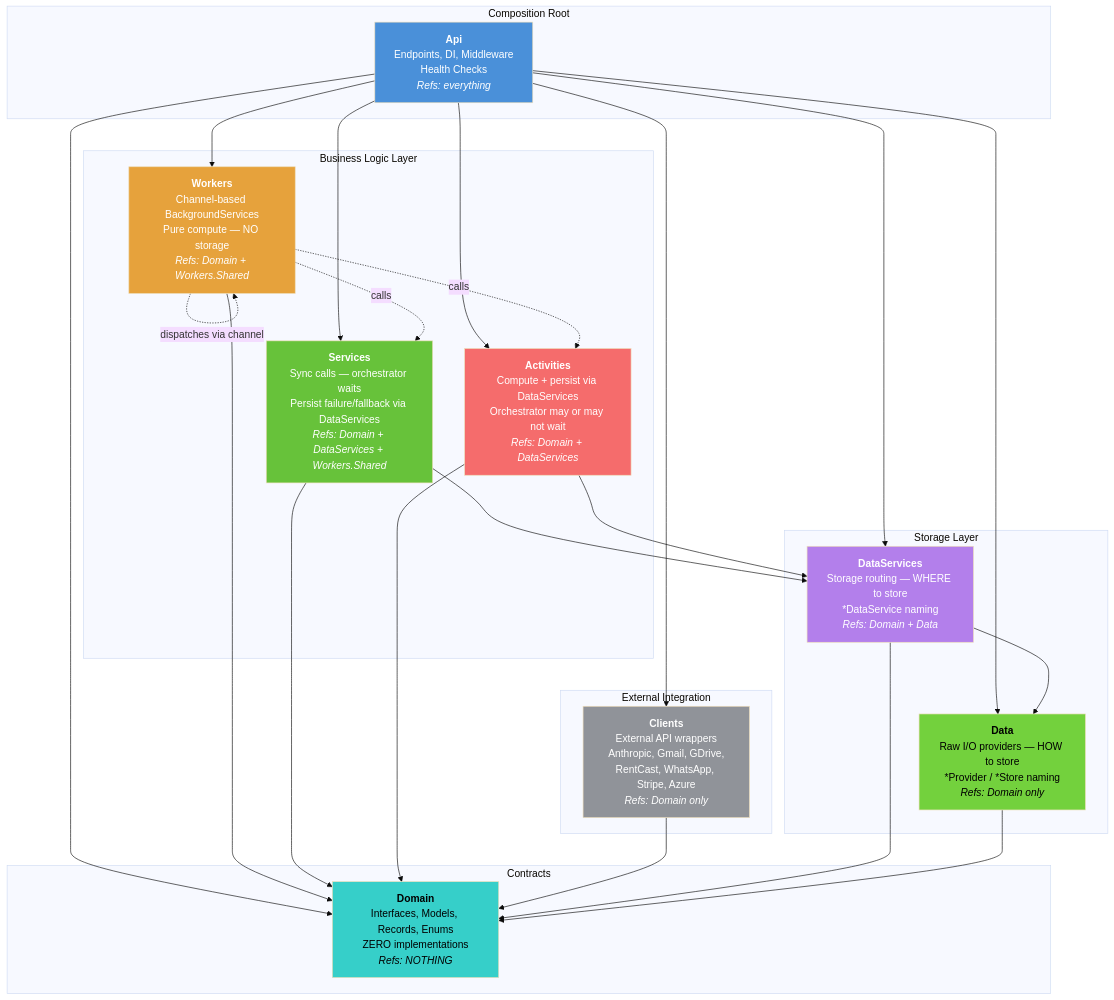
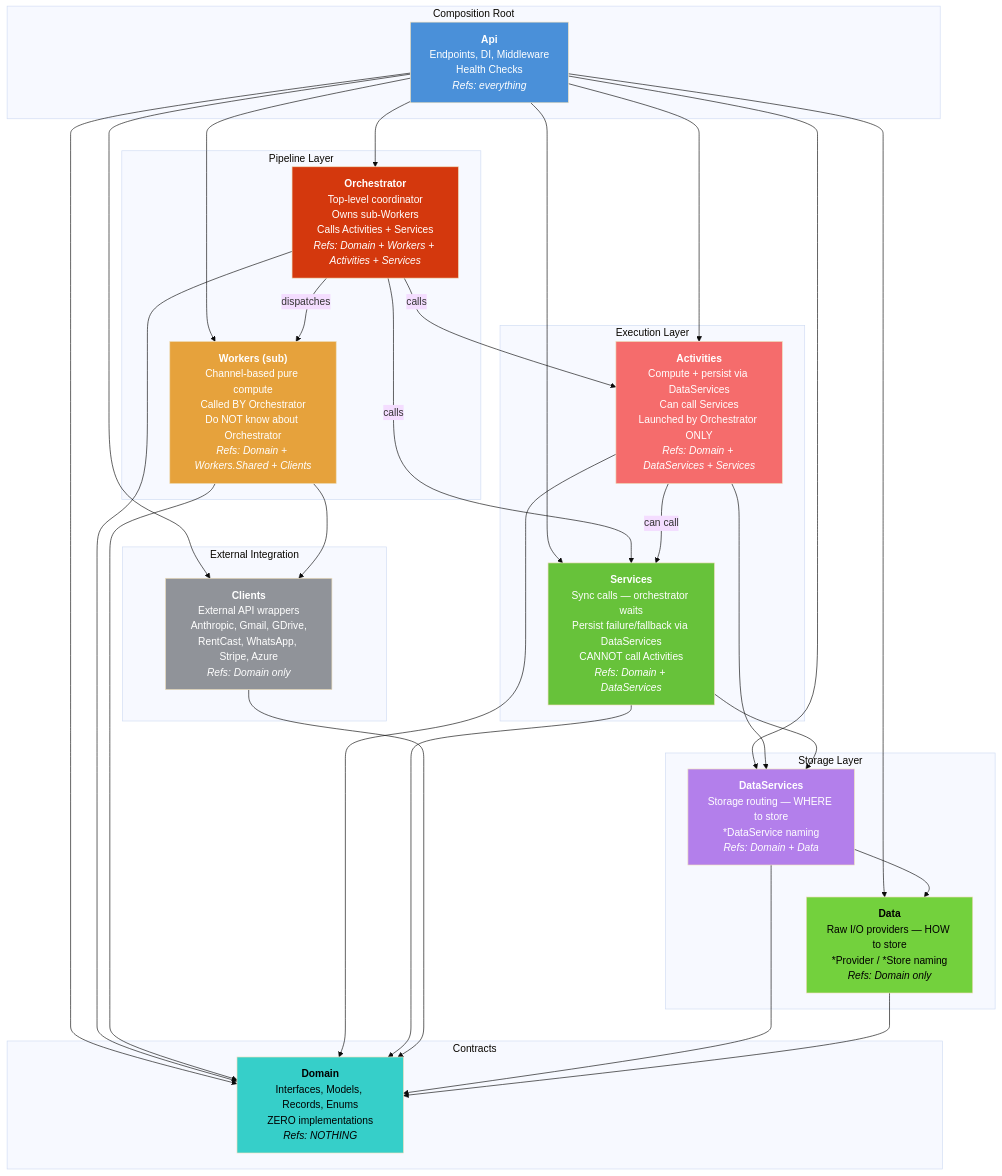
One commit to edward-rosado/jenisesells-website changed the first of 4 diagrams in docs/architecture/project-structure.md. Above: the diagram before and after it, drawn with Mermaid (base theme). The commit also changed other lines of this file, not shown here.

Commit message:
docs: update architecture diagrams — Orchestrator vs Sub-Worker, call direction rules, full pipeline flow

````diff
--- a/docs/architecture/project-structure.md
+++ b/docs/architecture/project-structure.md
@@ -5,56 +5,68 @@
 ```mermaid
 graph TD
     subgraph "Composition Root"
         Api["<b>Api</b><br/>Endpoints, DI, Middleware<br/>Health Checks<br/><i>Refs: everything</i>"]
     end
 
-    subgraph "Business Logic Layer"
-        Workers["<b>Workers</b><br/>Channel-based BackgroundServices<br/>Pure compute — NO storage<br/><i>Refs: Domain + Workers.Shared</i>"]
-        Services["<b>Services</b><br/>Sync calls — orchestrator waits<br/>Persist failure/fallback via DataServices<br/><i>Refs: Domain + DataServices + Workers.Shared</i>"]
-        Activities["<b>Activities</b><br/>Compute + persist via DataServices<br/>Orchestrator may or may not wait<br/><i>Refs: Domain + DataServices</i>"]
+    subgraph "Pipeline Layer"
+        Orchestrator["<b>Orchestrator</b><br/>Top-level coordinator<br/>Owns sub-Workers<br/>Calls Activities + Services<br/><i>Refs: Domain + Workers + Activities + Services</i>"]
+        Workers["<b>Workers (sub)</b><br/>Channel-based pure compute<br/>Called BY Orchestrator<br/>Do NOT know about Orchestrator<br/><i>Refs: Domain + Workers.Shared + Clients</i>"]
+    end
+
+    subgraph "Execution Layer"
+        Activities["<b>Activities</b><br/>Compute + persist via DataServices<br/>Can call Services<br/>Launched by Orchestrator ONLY<br/><i>Refs: Domain + DataServices + Services</i>"]
+        Services["<b>Services</b><br/>Sync calls — orchestrator waits<br/>Persist failure/fallback via DataServices<br/>CANNOT call Activities<br/><i>Refs: Domain + DataServices</i>"]
     end
 
     subgraph "External Integration"
         Clients["<b>Clients</b><br/>External API wrappers<br/>Anthropic, Gmail, GDrive,<br/>RentCast, WhatsApp, Stripe, Azure<br/><i>Refs: Domain only</i>"]
     end
 
     subgraph "Storage Layer"
         DataServices["<b>DataServices</b><br/>Storage routing — WHERE to store<br/>*DataService naming<br/><i>Refs: Domain + Data</i>"]
         Data["<b>Data</b><br/>Raw I/O providers — HOW to store<br/>*Provider / *Store naming<br/><i>Refs: Domain only</i>"]
     end
 
     subgraph "Contracts"
         Domain["<b>Domain</b><br/>Interfaces, Models, Records, Enums<br/>ZERO implementations<br/><i>Refs: NOTHING</i>"]
     end
 
+    Api --> Orchestrator
     Api --> Workers
     Api --> Services
     Api --> Activities
     Api --> Clients
     Api --> DataServices
     Api --> Data
     Api --> Domain
 
+    Orchestrator -->|"dispatches"| Workers
+    Orchestrator -->|"calls"| Activities
+    Orchestrator -->|"calls"| Services
+    Orchestrator --> Domain
+
     Workers --> Domain
+    Workers --> Clients
+
+    Activities -->|"can call"| Services
+    Activities --> DataServices
+    Activities --> Domain
+
+    Services --> DataServices
     Services --> Domain
-    Services --> DataServices
-    Activities --> Domain
-    Activities --> DataServices
+
     Clients --> Domain
     DataServices --> Domain
     DataServices --> Data
     Data --> Domain
 
-    Workers -.->|"dispatches via channel"| Workers
-    Workers -.->|"calls"| Services
-    Workers -.->|"calls"| Activities
-
     style Api fill:#4a90d9,color:white
+    style Orchestrator fill:#d4380d,color:white
     style Workers fill:#e6a23c,color:white
     style Services fill:#67c23a,color:white
     style Activities fill:#f56c6c,color:white
     style Clients fill:#909399,color:white
     style DataServices fill:#b37feb,color:white
     style Data fill:#73d13d,color:black
     style Domain fill:#36cfc9,color:black
 ```
````
